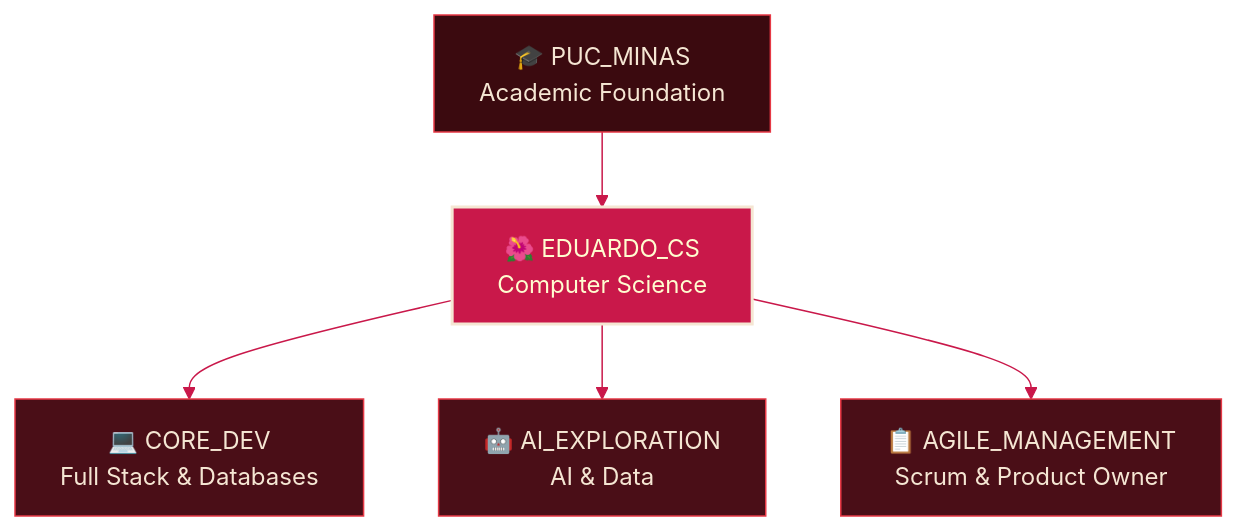
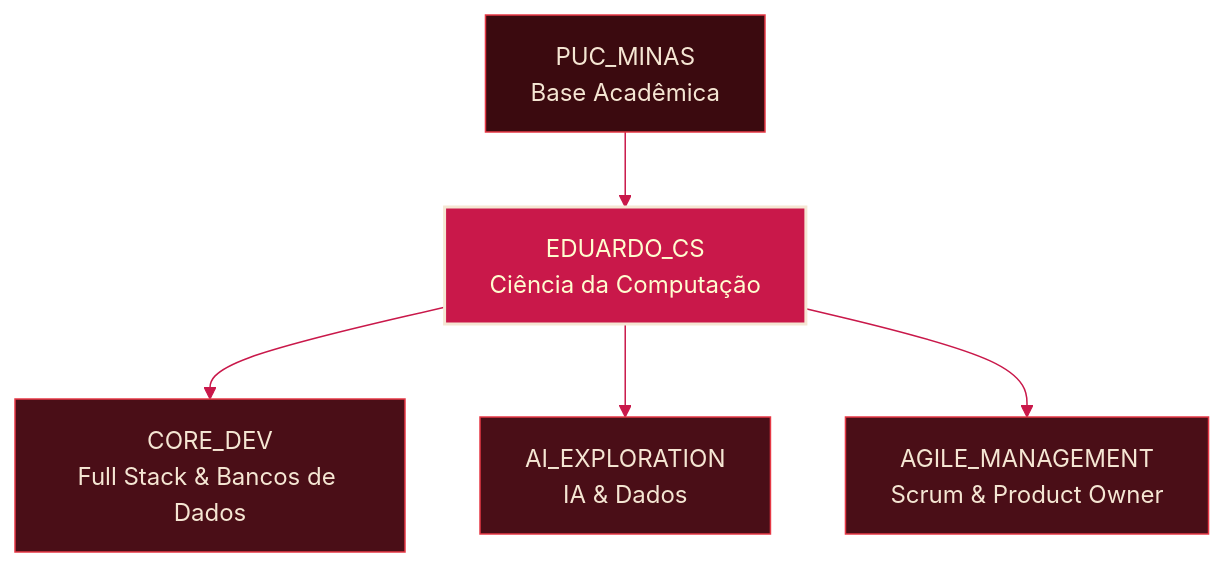
One commit to EduardoBO4/EduardoBO4 changed the diagram in README.md. Above: the diagram before and after it, drawn with Mermaid. The commit also changed other lines of this file, not shown here.

````diff
--- a/README.md
+++ b/README.md
@@ -67,35 +64,35 @@
 ```mermaid
 %%{init: {
   "theme": "base",
   "themeVariables": {
     "primaryColor": "#58111A",
     "primaryTextColor": "#F5E6D3",
     "primaryBorderColor": "#E63946",
     "lineColor": "#C9184A",
     "secondaryColor": "#3B0A0F",
     "tertiaryColor": "#4A0E17",
     "background": "#1a1a1a",
     "mainBkg": "#58111A",
     "nodeTextColor": "#F5E6D3",
     "fontFamily": "Fira Code, monospace"
   }
 }}%%
 graph TD
-    EDUARDO_CS["🌺 EDUARDO_CS<br/>Computer Science"]
+    EDUARDO_CS["EDUARDO_CS<br/>Ciência da Computação"]
 
-    PUC_MINAS["🎓 PUC_MINAS<br/>Academic Foundation"]
-    CORE_DEV["💻 CORE_DEV<br/>Full Stack & Databases"]
-    AI_EXPLORATION["🤖 AI_EXPLORATION<br/>AI & Data"]
-    AGILE_MANAGEMENT["📋 AGILE_MANAGEMENT<br/>Scrum & Product Owner"]
+    PUC_MINAS["PUC_MINAS<br/>Base Acadêmica"]
+    CORE_DEV["CORE_DEV<br/>Full Stack & Bancos de Dados"]
+    AI_EXPLORATION["AI_EXPLORATION<br/>IA & Dados"]
+    AGILE_MANAGEMENT["AGILE_MANAGEMENT<br/>Scrum & Product Owner"]
 
     PUC_MINAS --> EDUARDO_CS
     EDUARDO_CS --> CORE_DEV
     EDUARDO_CS --> AI_EXPLORATION
     EDUARDO_CS --> AGILE_MANAGEMENT
 
     style EDUARDO_CS fill:#C9184A,stroke:#F5E6D3,stroke-width:2px,color:#FFFDD0
     style PUC_MINAS fill:#3B0A0F,stroke:#E63946,stroke-width:1px,color:#F5E6D3
     style CORE_DEV fill:#4A0E17,stroke:#E63946,stroke-width:1px,color:#F5E6D3
     style AI_EXPLORATION fill:#4A0E17,stroke:#E63946,stroke-width:1px,color:#F5E6D3
     style AGILE_MANAGEMENT fill:#4A0E17,stroke:#E63946,stroke-width:1px,color:#F5E6D3
 ```
````
